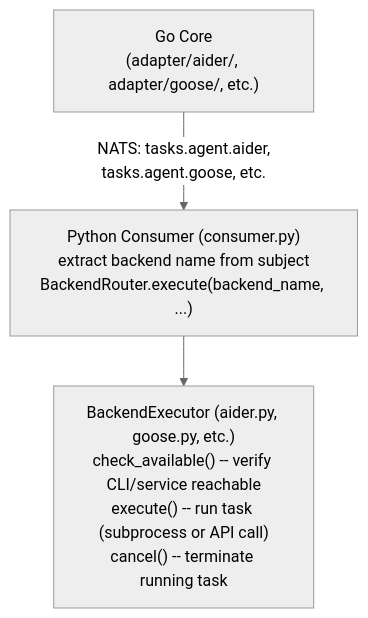
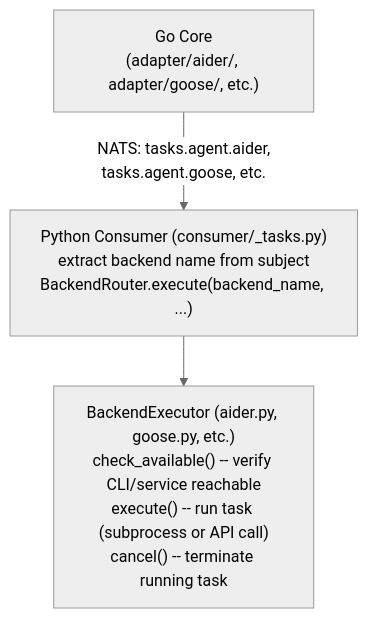
One commit to Strob0t/CodeForge changed the first of 3 diagrams in docs/features/04-agent-orchestration.md. Above: the diagram before and after it, drawn with Mermaid (neutral theme). The commit also changed other lines of this file and 28 other files, not shown here.

````diff
--- a/docs/features/04-agent-orchestration.md
+++ b/docs/features/04-agent-orchestration.md
@@ -30,9 +30,9 @@
 ```mermaid
 flowchart TD
     GO["Go Core\n(adapter/aider/, adapter/goose/, etc.)"]
-    CONSUMER["Python Consumer (consumer.py)\nextract backend name from subject\nBackendRouter.execute(backend_name, ...)"]
+    CONSUMER["Python Consumer (consumer/_tasks.py)\nextract backend name from subject\nBackendRouter.execute(backend_name, ...)"]
     EXEC["BackendExecutor (aider.py, goose.py, etc.)\ncheck_available() -- verify CLI/service reachable\nexecute() -- run task (subprocess or API call)\ncancel() -- terminate running task"]
 
     GO -- "NATS: tasks.agent.aider,\ntasks.agent.goose, etc." --> CONSUMER
     CONSUMER --> EXEC
 ```
````
